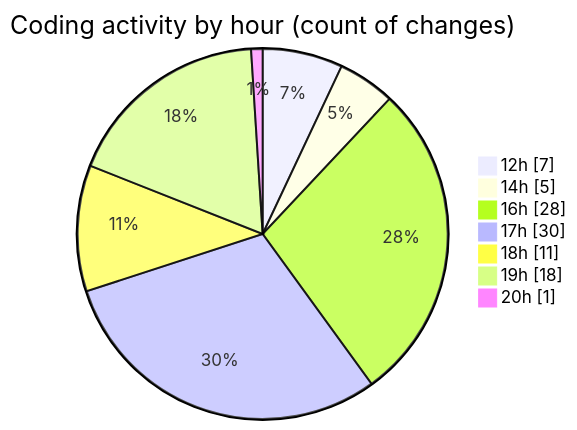
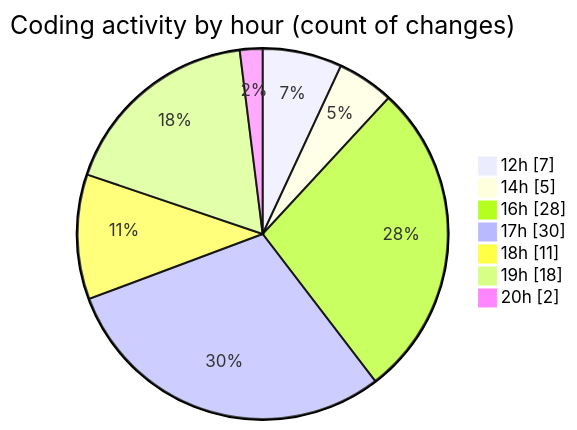
Before and after one commit to julien-gomy/code-tracking: the second of 2 diagrams in 2025-10-06/eventscop-frontend-guide__workspace_/README.md, drawn with Mermaid. The commit also changed other lines of this file and 1 other file, not shown here.

````diff
--- a/2025-10-06/eventscop-frontend-guide__workspace_/README.md
+++ b/2025-10-06/eventscop-frontend-guide__workspace_/README.md
@@ -60,11 +61,11 @@
 ```mermaid
 pie showData
 title Coding activity by hour (count of changes)
 "12h" : 7
 "14h" : 5
 "16h" : 28
 "17h" : 30
 "18h" : 11
 "19h" : 18
-"20h" : 1
+"20h" : 2
 ```
````
